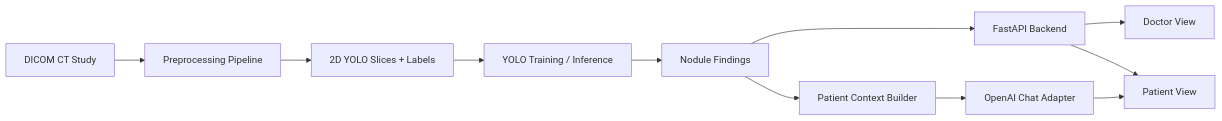
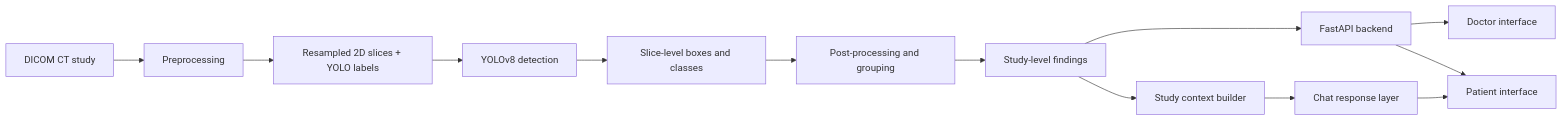
One commit to CyNnn0414/NoduleX changed the diagram in README.md. Above: the diagram before and after it, drawn with Mermaid. The commit also changed other lines of this file, not shown here.

````diff
--- a/README.md
+++ b/README.md
@@ -33,13 +26,15 @@
 ```mermaid
 flowchart LR
-    A["DICOM CT Study"] --> B["Preprocessing Pipeline"]
-    B --> C["2D YOLO Slices + Labels"]
-    C --> D["YOLO Training / Inference"]
-    D --> E["Nodule Findings"]
-    E --> F["FastAPI Backend"]
-    F --> G["Doctor View"]
-    F --> H["Patient View"]
-    E --> I["Patient Context Builder"]
-    I --> J["OpenAI Chat Adapter"]
-    J --> H
+    A["DICOM CT study"] --> B["Preprocessing"]
+    B --> C["Resampled 2D slices + YOLO labels"]
+    C --> D["YOLOv8 detection"]
+    D --> E["Slice-level boxes and classes"]
+    E --> F["Post-processing and grouping"]
+    F --> G["Study-level findings"]
+    G --> H["FastAPI backend"]
+    H --> I["Doctor interface"]
+    H --> J["Patient interface"]
+    G --> K["Study context builder"]
+    K --> L["Chat response layer"]
+    L --> J
 ```
````
